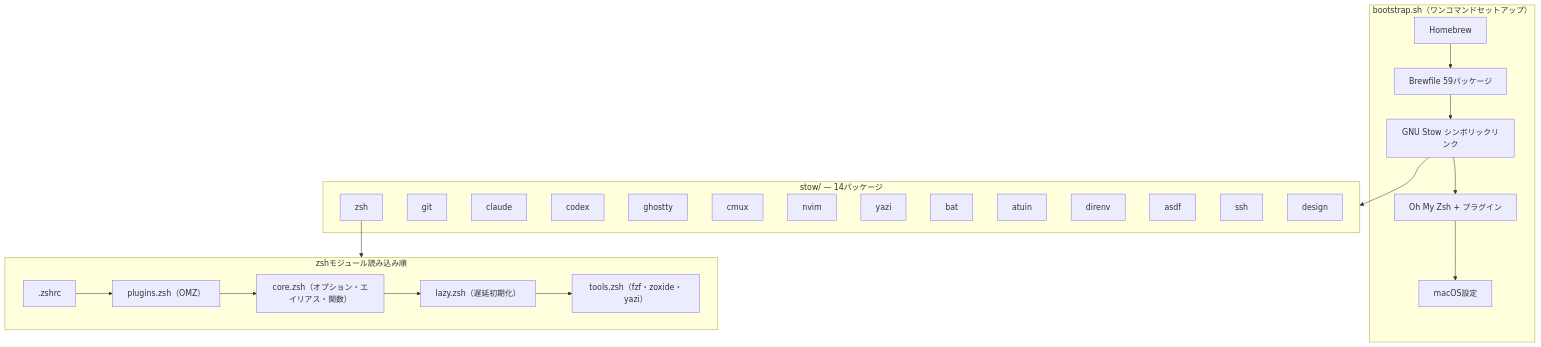
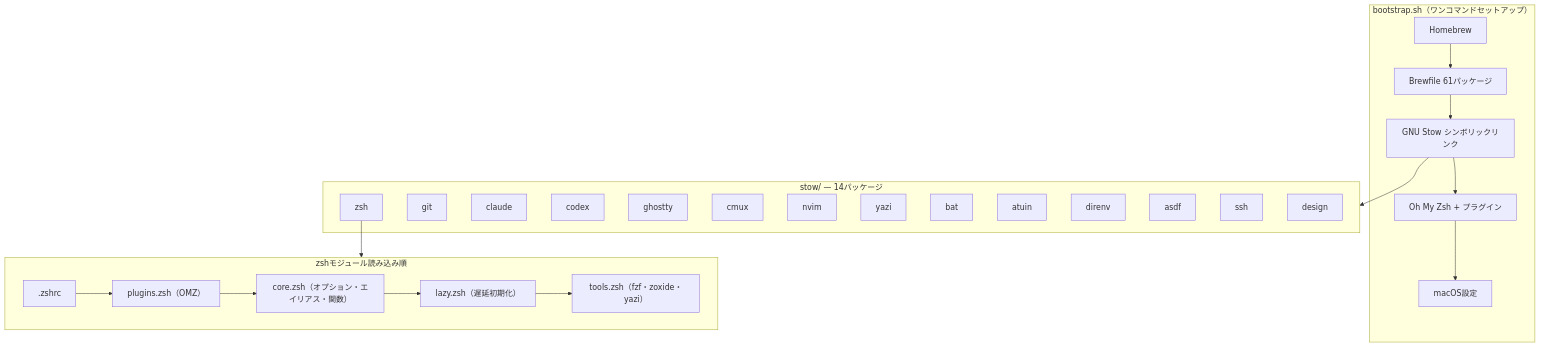
One commit to otake-shol/dotfiles changed the diagram in README.md. Above: the diagram before and after it, drawn with Mermaid. The commit also changed other lines of this file and 16 other files, not shown here.

````diff
--- a/README.md
+++ b/README.md
@@ -96,37 +98,37 @@
 ```mermaid
 graph TB
     subgraph bootstrap["bootstrap.sh（ワンコマンドセットアップ）"]
         B1[Homebrew]
-        B1 --> B2[Brewfile 59パッケージ]
+        B1 --> B2[Brewfile 61パッケージ]
         B2 --> B3[GNU Stow シンボリックリンク]
         B3 --> B4[Oh My Zsh + プラグイン]
         B4 --> B5[macOS設定]
     end
 
     subgraph stow["stow/ — 14パッケージ"]
         S1[zsh]
         S2[git]
         S3[claude]
         S4[codex]
         S5[ghostty]
         S6[cmux]
         S7[nvim]
         S8[yazi]
         S9[bat]
         S10[atuin]
         S11[direnv]
         S12[asdf]
         S13[ssh]
         S14[design]
     end
 
     subgraph shell["zshモジュール読み込み順"]
         Z1[".zshrc"] --> Z2["plugins.zsh（OMZ）"]
         Z2 --> Z3["core.zsh（オプション・エイリアス・関数）"]
         Z3 --> Z4["lazy.zsh（遅延初期化）"]
         Z4 --> Z5["tools.zsh（fzf・zoxide・yazi）"]
     end
 
     B3 --> stow
     S1 --> shell
 ```
````
